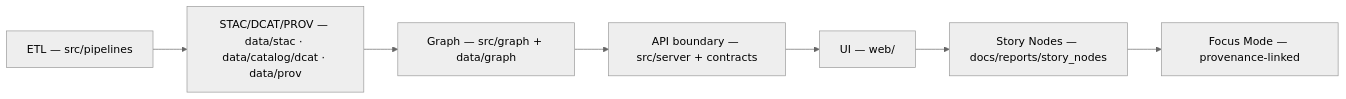
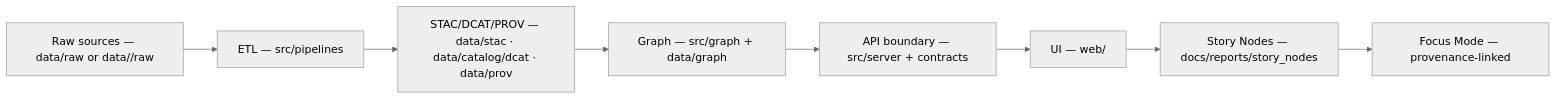
One commit to bartytime4life/Kansas-Frontier-Matrix changed the first of 2 diagrams in README.md. Above: the diagram before and after it, drawn with Mermaid (neutral theme). The commit also changed other lines of this file, not shown here.

```diff
--- a/README.md
+++ b/README.md
@@ -249,9 +294,10 @@
 ~~~mermaid
 flowchart LR
-  A["ETL — src/pipelines"] --> B["STAC/DCAT/PROV — data/stac · data/catalog/dcat · data/prov"]
+  R["Raw sources — data/raw or data/<domain>/raw"] --> A["ETL — src/pipelines"]
+  A --> B["STAC/DCAT/PROV — data/stac · data/catalog/dcat · data/prov"]
   B --> C["Graph — src/graph + data/graph"]
   C --> D["API boundary — src/server + contracts"]
   D --> E["UI — web/"]
   E --> F["Story Nodes — docs/reports/story_nodes"]
   F --> G["Focus Mode — provenance-linked"]
 ~~~
```
